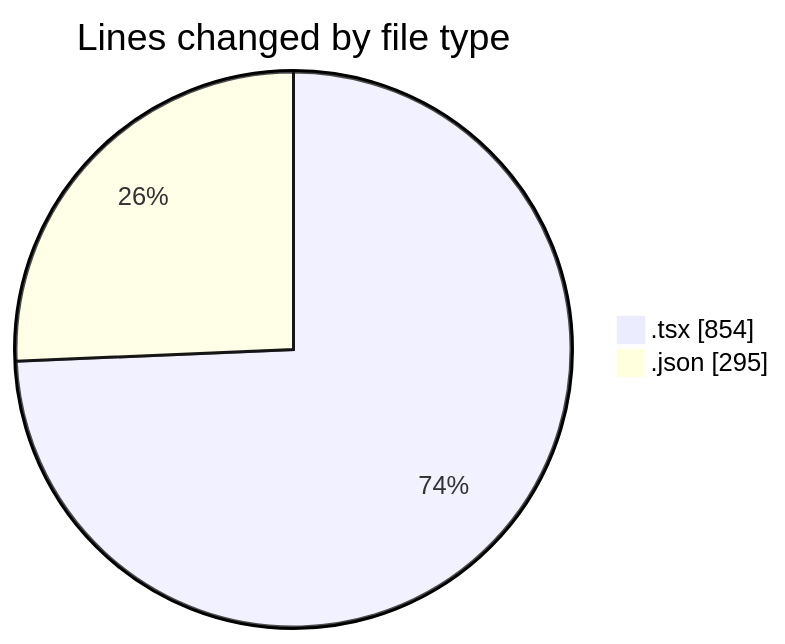
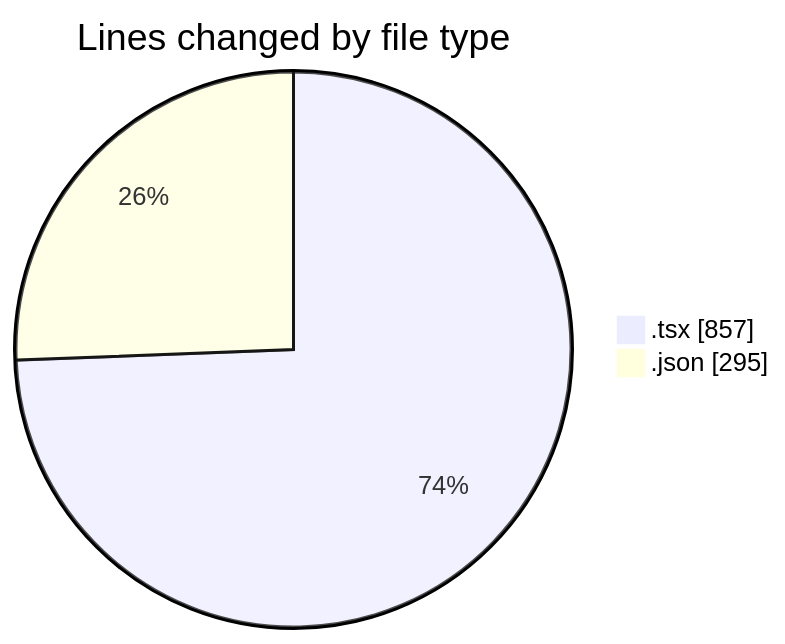
Before and after one commit to julien-gomy/code-tracking: the first of 2 diagrams in 2025-10-11/eventscop-frontend-guide__workspace_/README.md, drawn with Mermaid. The commit also changed other lines of this file and 1 other file, not shown here.

````diff
--- a/2025-10-11/eventscop-frontend-guide__workspace_/README.md
+++ b/2025-10-11/eventscop-frontend-guide__workspace_/README.md
@@ -27,6 +27,6 @@
 ```mermaid
 pie showData
 title Lines changed by file type
-".tsx" : 854
+".tsx" : 857
 ".json" : 295
 ```
````
